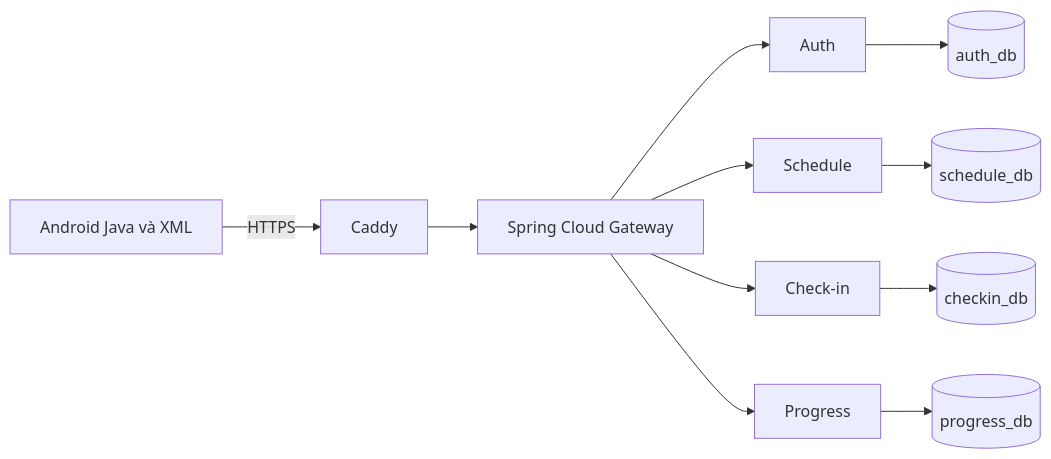
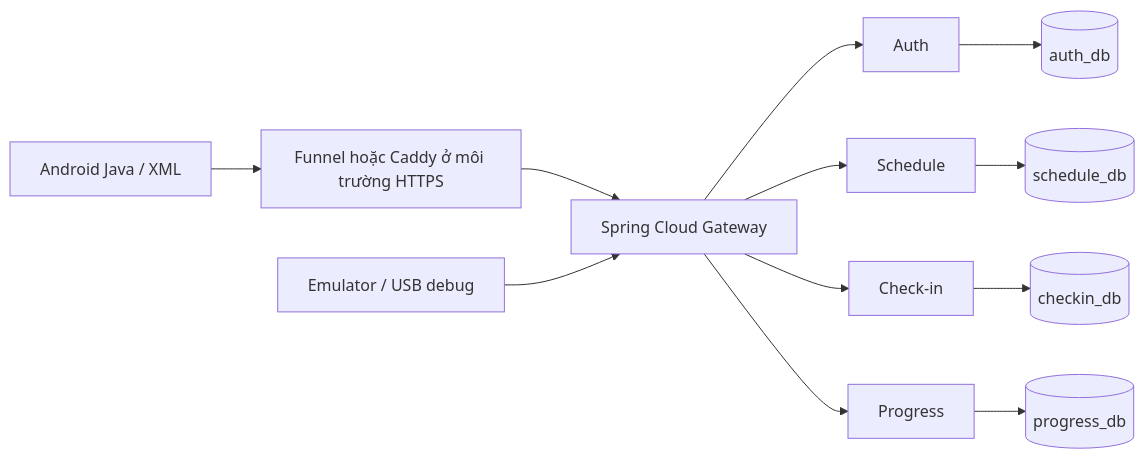
Before and after one commit to emHung/MuayThai_Fitness-Center: the diagram in docs/ARCHITECTURE.md, drawn with Mermaid. The commit also changed other lines of this file and 12 other files, not shown here.

````diff
--- a/docs/ARCHITECTURE.md
+++ b/docs/ARCHITECTURE.md
@@ -5,13 +7,14 @@
 ```mermaid
 flowchart LR
-    APP["Android Java và XML"] -->|"HTTPS"| CADDY["Caddy"]
-    CADDY --> GW["Spring Cloud Gateway"]
-    GW --> AUTH["Auth"]
-    GW --> SCH["Schedule"]
-    GW --> ATT["Check-in"]
-    GW --> PRG["Progress"]
-    AUTH --> ADB[("auth_db")]
-    SCH --> SDB[("schedule_db")]
-    ATT --> CDB[("checkin_db")]
-    PRG --> PDB[("progress_db")]
+    APP[Android Java / XML] --> HTTPS[Funnel hoặc Caddy ở môi trường HTTPS]
+    HTTPS --> GW[Spring Cloud Gateway]
+    LOCAL[Emulator / USB debug] --> GW
+    GW --> AUTH[Auth]
+    GW --> SCH[Schedule]
+    GW --> ATT[Check-in]
+    GW --> PRG[Progress]
+    AUTH --> ADB[(auth_db)]
+    SCH --> SDB[(schedule_db)]
+    ATT --> CDB[(checkin_db)]
+    PRG --> PDB[(progress_db)]
 ```
````
